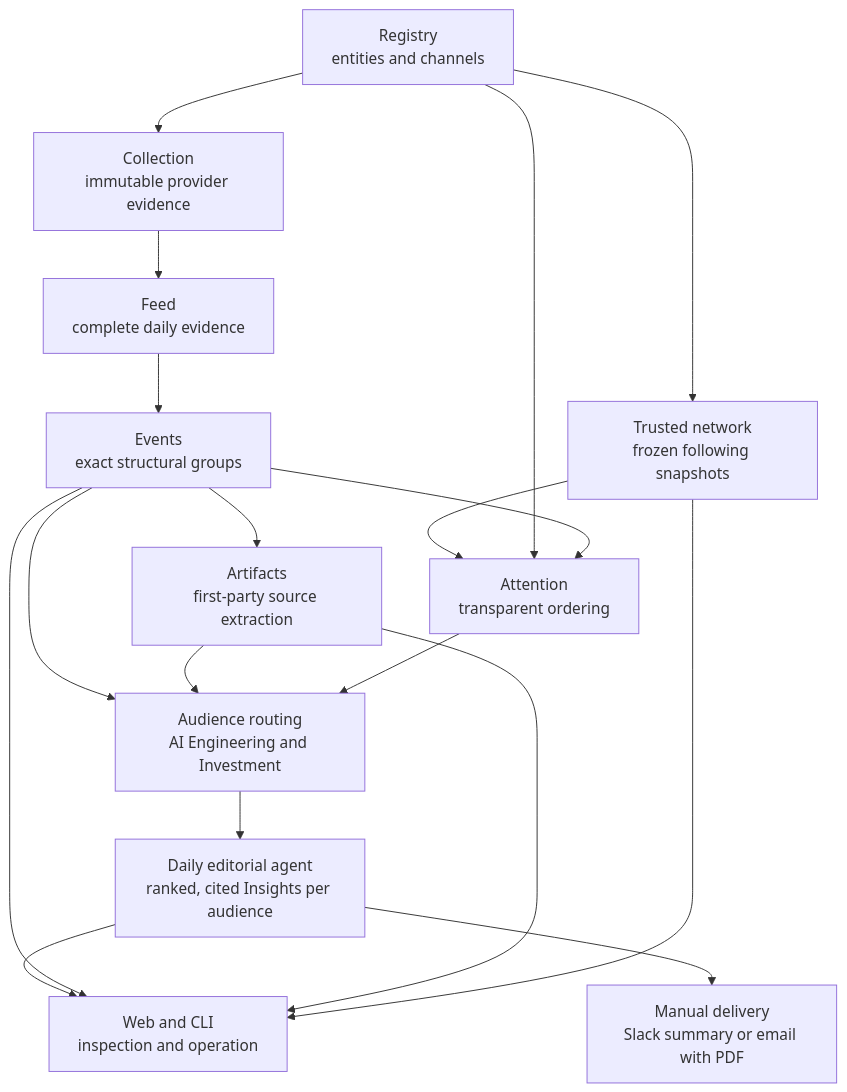
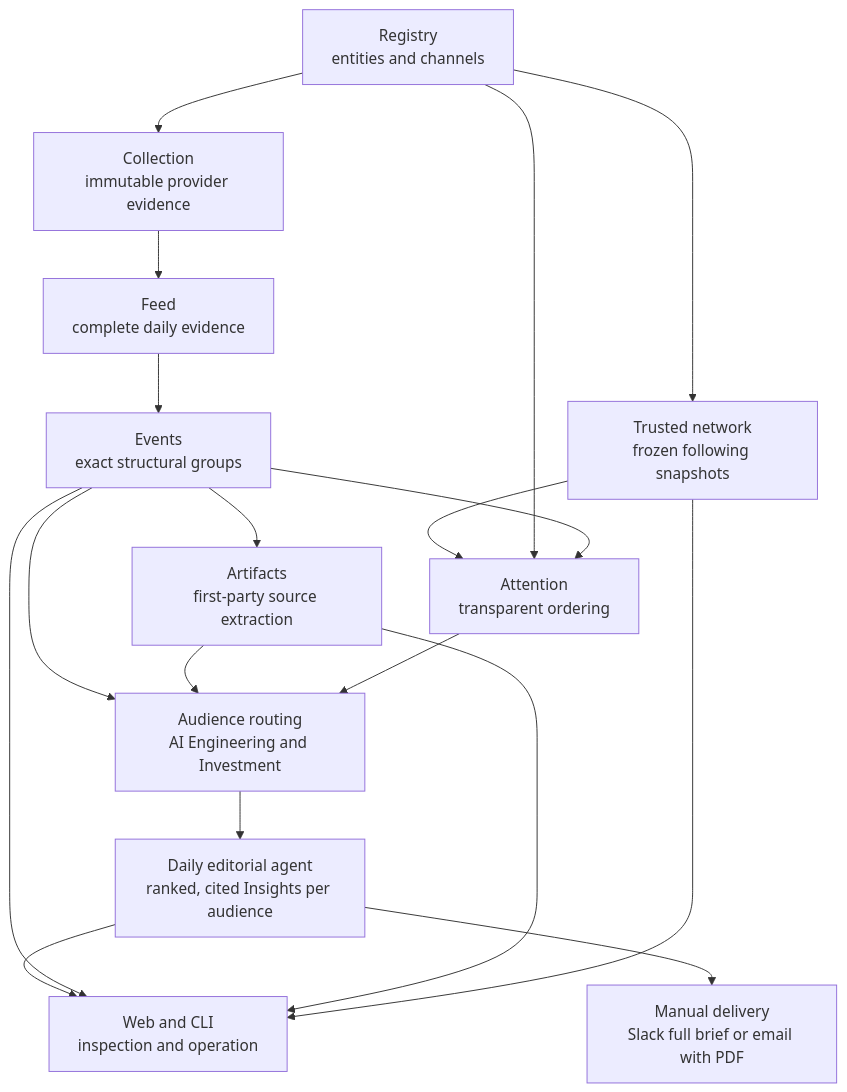
The diagram in docs/architecture/overview.md (AdithyanI/frontier-lab-intelligence), drawn with Mermaid before and after one commit. The commit also changed 5 other files, not shown here.

````diff
--- a/docs/architecture/overview.md
+++ b/docs/architecture/overview.md
@@ -15,20 +15,20 @@
 ```mermaid
 flowchart TD
     R["Registry<br/>entities and channels"] --> C["Collection<br/>immutable provider evidence"]
     R --> N["Trusted network<br/>frozen following snapshots"]
     C --> F["Feed<br/>complete daily evidence"]
     F --> E["Events<br/>exact structural groups"]
     E --> A["Artifacts<br/>first-party source extraction"]
     N --> S["Attention<br/>transparent ordering"]
     R --> S
     E --> S
     E --> Q["Audience routing<br/>AI Engineering and Investment"]
     A --> Q
     S --> Q
     Q --> I["Daily editorial agent<br/>ranked, cited Insights per audience"]
     I --> W["Web and CLI<br/>inspection and operation"]
-    I --> D["Manual delivery<br/>Slack summary or email with PDF"]
+    I --> D["Manual delivery<br/>Slack full brief or email with PDF"]
     E --> W
     A --> W
     N --> W
 ```
````
